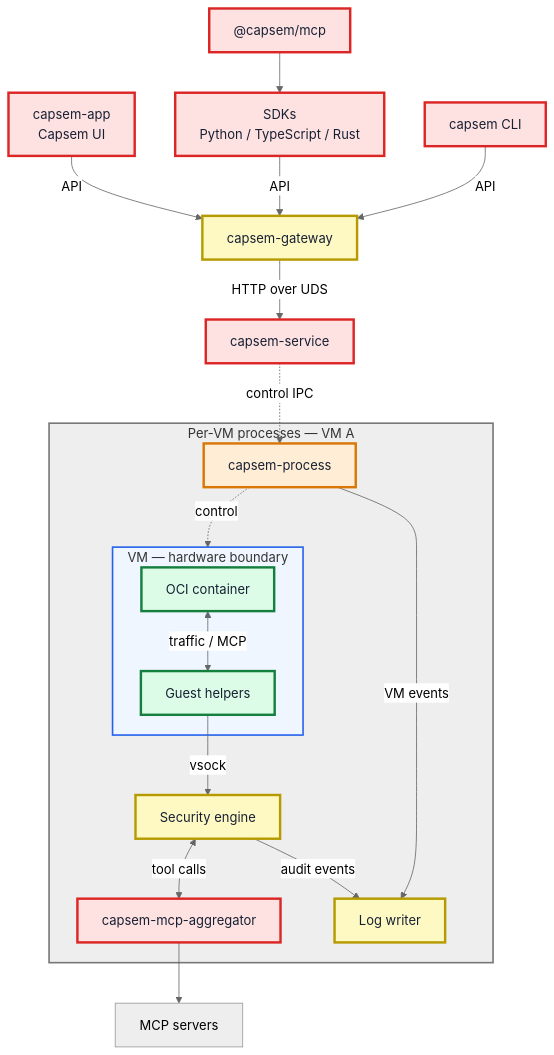
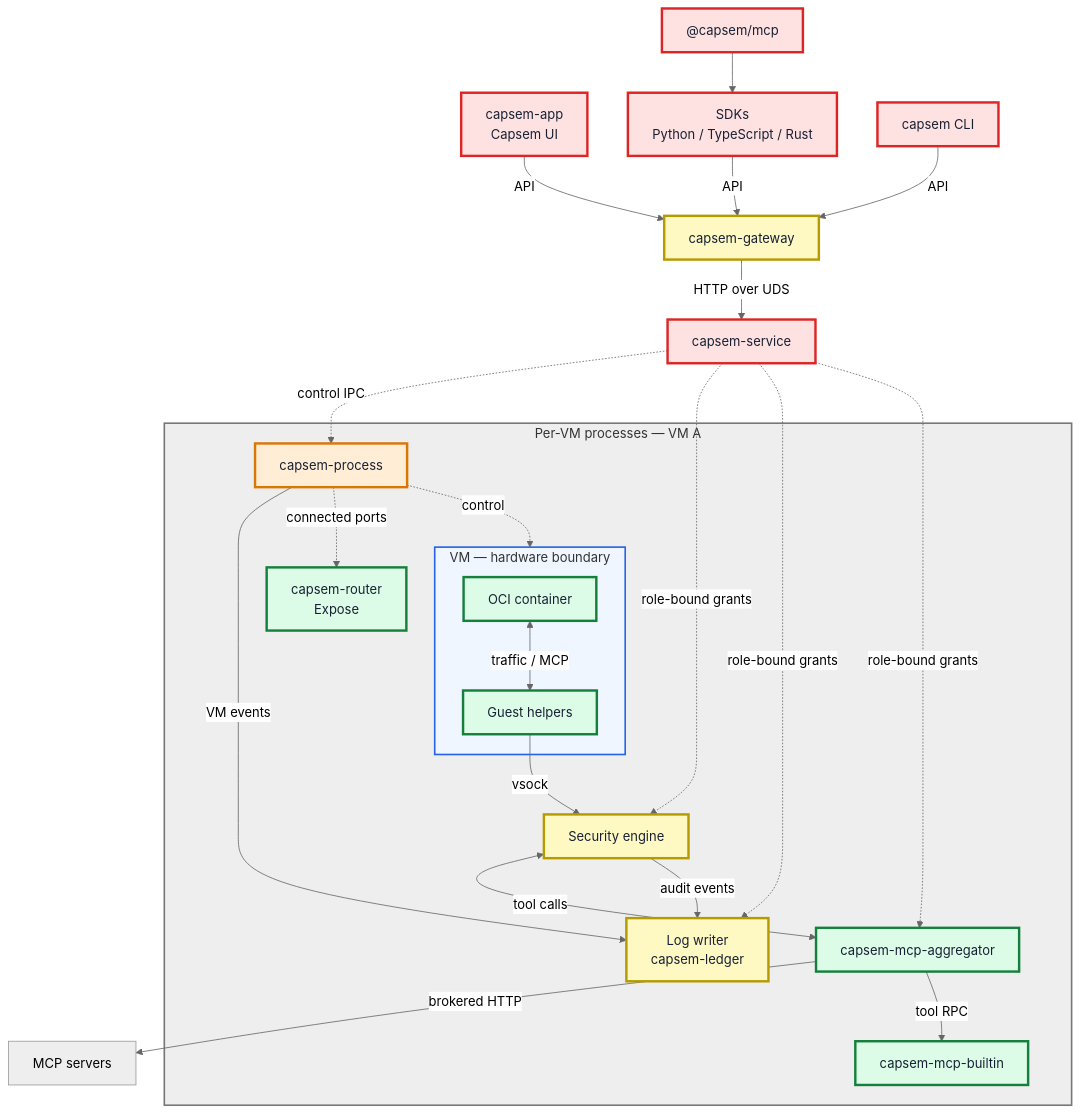
The first of 2 diagrams in web/docs/src/content/docs/architecture/security.md (google/capsem), drawn with Mermaid before and after one commit. The commit also changed other lines of this file and 34 other files, not shown here.

Commit message:
docs(site): build approved guides architecture and reference structure

````diff
--- a/web/docs/src/content/docs/architecture/security.md
+++ b/web/docs/src/content/docs/architecture/security.md
@@ -30,48 +27,56 @@
 ```mermaid
 %%{init: {"theme": "neutral"}}%%
 flowchart TB
   app["capsem-app<br/>Capsem UI"]
   hostMcp["@capsem/mcp"]
   sdk["SDKs<br/>Python / TypeScript / Rust"]
   cli["capsem CLI"]
   gateway["capsem-gateway"]
   service["capsem-service"]
 
   hostMcp --> sdk
   app -->|API| gateway
   sdk -->|API| gateway
   cli -->|API| gateway
   gateway -->|HTTP over UDS| service
 
   subgraph perVM["Per-VM processes — VM A"]
     owner["capsem-process"]
     subgraph vm["VM — hardware boundary"]
       container["OCI container"]
       guest["Guest helpers"]
       container <-->|traffic / MCP| guest
     end
     engine["Security engine"]
     mcp["capsem-mcp-aggregator"]
-    writer["Log writer"]
+    writer["Log writer<br/>capsem-ledger"]
+    builtin["capsem-mcp-builtin"]
+    router["capsem-router<br/>Expose"]
 
     owner -. control .-> vm
     guest -->|vsock| engine
     engine <-->|tool calls| mcp
     engine -->|audit events| writer
     owner -->|VM events| writer
   end
 
   service -. control IPC .-> owner
-  mcp --> tools["MCP servers"]
+  mcp -->|brokered HTTP| tools["MCP servers"]
+  mcp -->|tool RPC| builtin
+  service -. role-bound grants .-> engine
+  service -. role-bound grants .-> writer
+  service -. role-bound grants .-> mcp
+  owner -. connected ports .-> router
 
   classDef maximum fill:#fee2e2,stroke:#dc2626,stroke-width:3px,color:#172033
   classDef elevated fill:#ffedd5,stroke:#d97706,stroke-width:3px,color:#172033
   classDef limited fill:#fef9c3,stroke:#b59b00,stroke-width:3px,color:#172033
   classDef minimum fill:#dcfce7,stroke:#15803d,stroke-width:3px,color:#172033
-  class service,app,hostMcp,sdk,cli,mcp maximum
+  class service,app,hostMcp,sdk,cli maximum
+  class mcp,builtin,router minimum
   class owner elevated
   class gateway,engine,writer limited
   class container,guest minimum
   style perVM fill:#eeeeee,stroke:#777777,stroke-width:2px
   style vm fill:#eff6ff,stroke:#2563eb,stroke-width:2px
 ```
````
